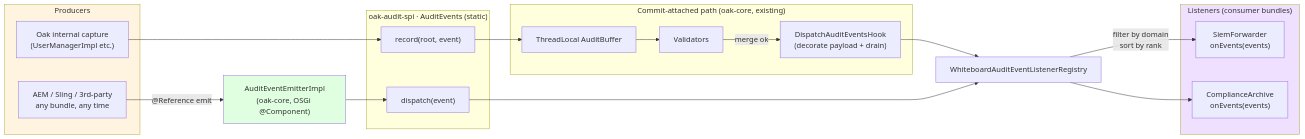
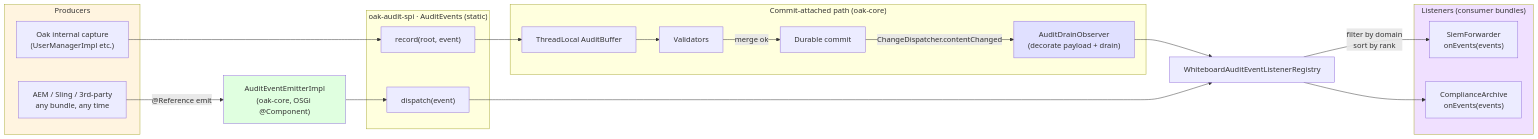
One commit to dulvac/jackrabbit-oak changed the diagram in oak-audit-spi/docs/design.md. Above: the diagram before and after it, drawn with Mermaid. The commit also changed other lines of this file and 9 other files, not shown here.

````diff
--- a/oak-audit-spi/docs/design.md
+++ b/oak-audit-spi/docs/design.md
@@ -57,44 +52,47 @@
 ```mermaid
 flowchart LR
     subgraph PROD["Producers"]
         OAK_CAP["Oak internal capture<br>(UserManagerImpl etc.)"]
         AEM_CAP["AEM / Sling / 3rd-party<br>any bundle, any time"]
     end
 
     subgraph FACADE["oak-audit-spi · AuditEvents (static)"]
         REC["record(root, event)"]
         DISP["dispatch(event)"]
     end
 
-    subgraph PATH_CA["Commit-attached path (oak-core, existing)"]
+    subgraph PATH_CA["Commit-attached path (oak-core)"]
         BUF["ThreadLocal AuditBuffer"]
         VAL["Validators"]
-        DRAIN["DispatchAuditEventsHook<br>(decorate payload + drain)"]
+        DURABLE["Durable commit"]
+        OBS["AuditDrainObserver<br>(decorate payload + drain)"]
     end
 
     EMIT["AuditEventEmitterImpl<br>(oak-core, OSGi @Component)"]
 
     REG["WhiteboardAuditEventListenerRegistry"]
 
     subgraph LISTENERS["Listeners (consumer bundles)"]
         L1["SiemForwarder<br>onEvents(events)"]
         L2["ComplianceArchive<br>onEvents(events)"]
     end
 
     OAK_CAP --> REC
     REC --> BUF
     BUF --> VAL
-    VAL -->|merge ok| DRAIN
-    DRAIN --> REG
+    VAL -->|merge ok| DURABLE
+    DURABLE -->|ChangeDispatcher.contentChanged| OBS
+    OBS --> REG
 
     AEM_CAP -->|"@Reference emit"| EMIT
     EMIT --> DISP
     DISP --> REG
 
     REG -->|filter by domain<br>sort by rank| L1
     REG --> L2
 
     style PROD fill:#fff4e0
     style EMIT fill:#e0ffe0
     style LISTENERS fill:#f0e0ff
+    style OBS fill:#e0e0ff
 ```
````
